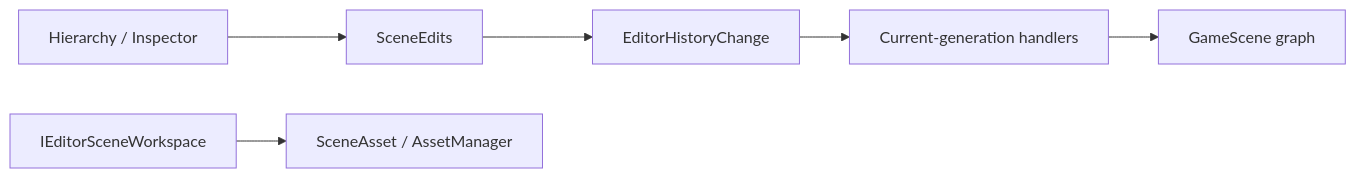
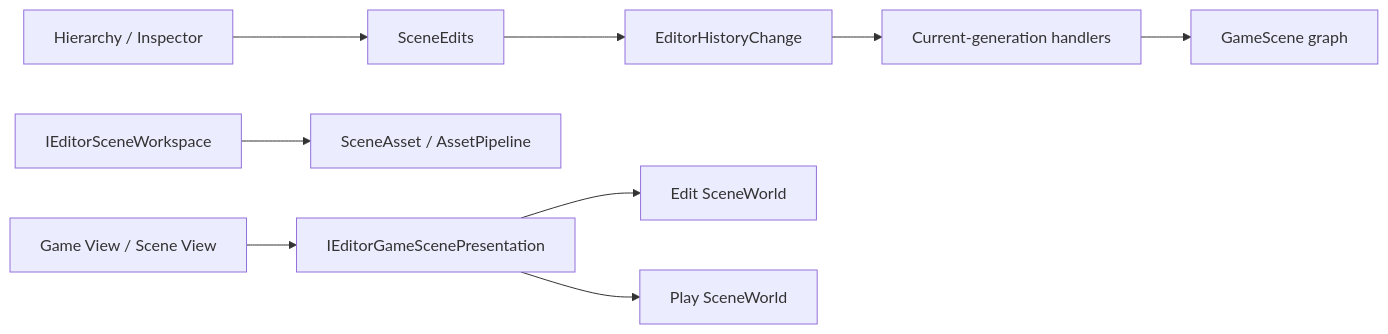
The diagram in docs/editor/Inno.Editor.Scene.md (FLwolfy/InnoEngine), drawn with Mermaid before and after one commit. The commit also changed other lines of this file and 1984 other files, not shown here.

````diff
--- a/docs/editor/Inno.Editor.Scene.md
+++ b/docs/editor/Inno.Editor.Scene.md
@@ -9,8 +9,11 @@
 ```mermaid
 flowchart LR
     Panels["Hierarchy / Inspector"] --> Edits["SceneEdits"]
     Edits --> History["EditorHistoryChange"]
     History --> Handlers["Current-generation handlers"]
     Handlers --> Scene["GameScene graph"]
-    Workspace["IEditorSceneWorkspace"] --> Assets["SceneAsset / AssetManager"]
+    Workspace["IEditorSceneWorkspace"] --> Assets["SceneAsset / AssetPipeline"]
+    Viewports["Game View / Scene View"] --> Presentation["IEditorGameScenePresentation"]
+    Presentation --> EditWorld["Edit SceneWorld"]
+    Presentation --> PlayWorld["Play SceneWorld"]
 ```
````
